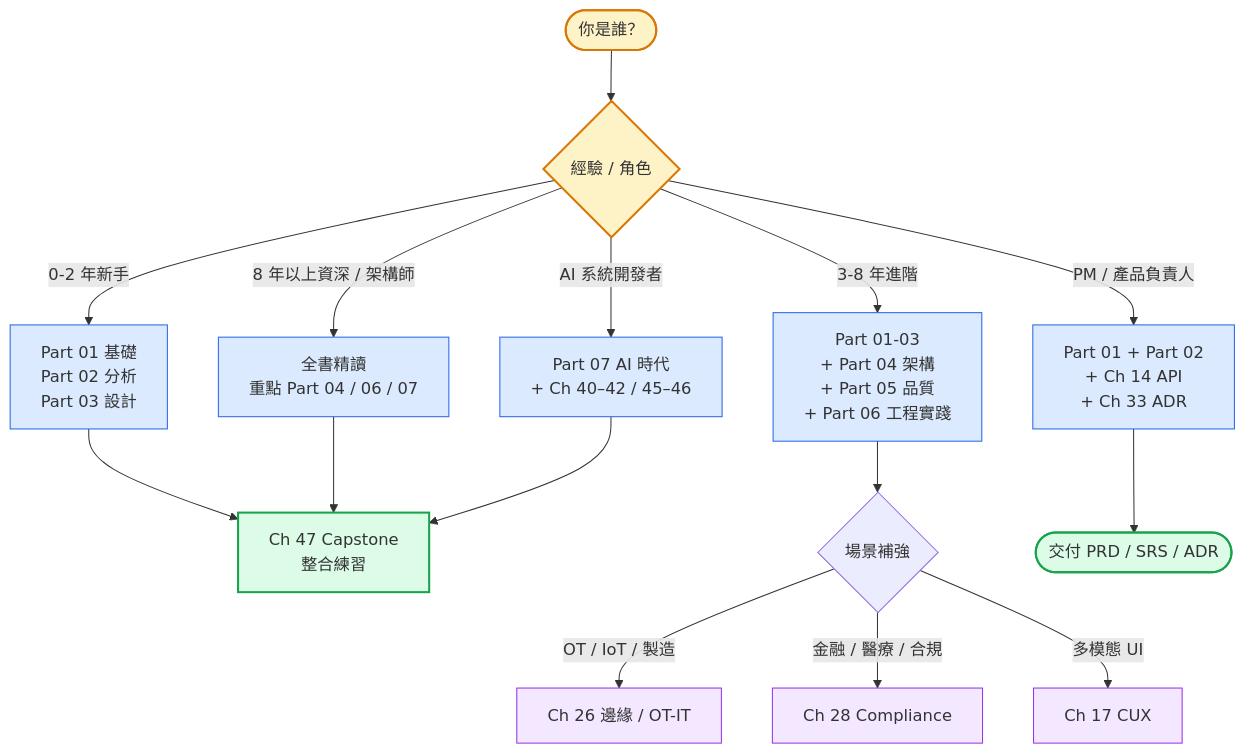
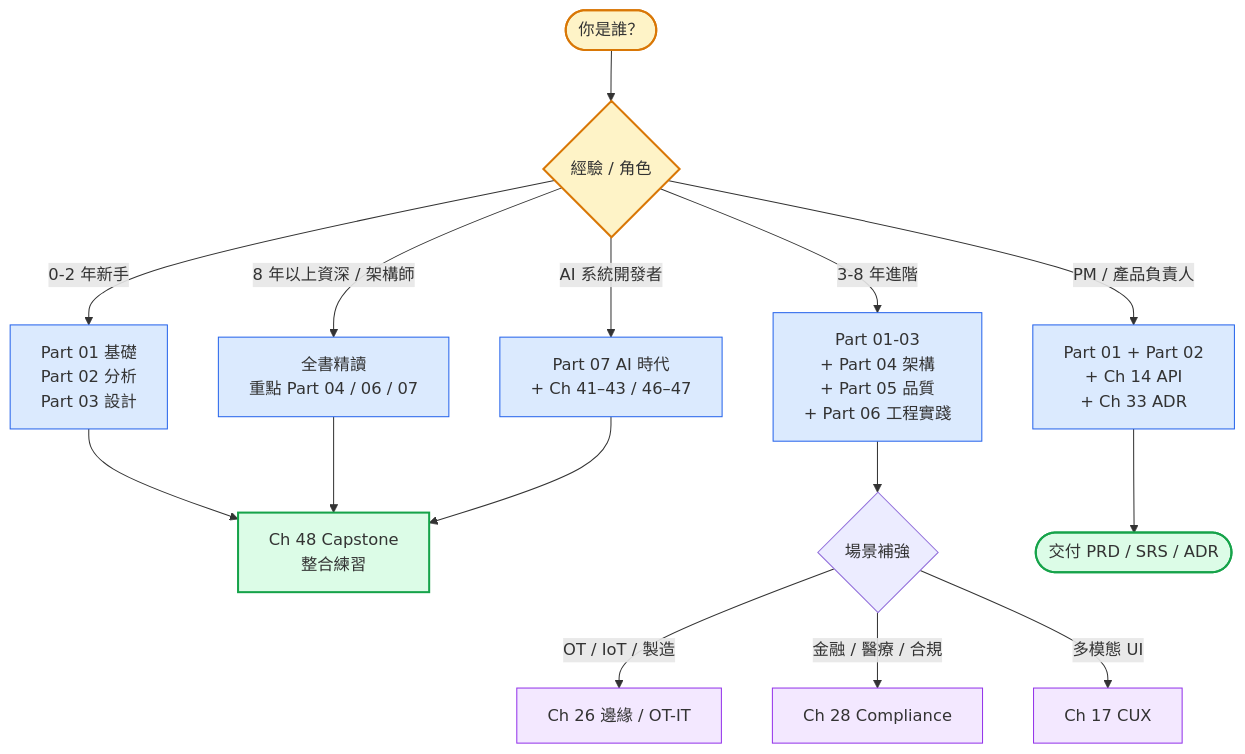
The first of 2 diagrams in README.md (EddyKuo/sa-sd-playbook), drawn with Mermaid before and after one commit. The commit also changed other lines of this file and 51 other files, not shown here.

````diff
--- a/README.md
+++ b/README.md
@@ -21,28 +21,28 @@
 ```mermaid
 flowchart TD
     Start([你是誰？]) --> Q1{經驗 / 角色}
 
     Q1 -->|0-2 年新手| New[Part 01 基礎<br/>Part 02 分析<br/>Part 03 設計]
     Q1 -->|3-8 年進階| Mid[Part 01-03<br/>+ Part 04 架構<br/>+ Part 05 品質<br/>+ Part 06 工程實踐]
     Q1 -->|8 年以上資深 / 架構師| Senior[全書精讀<br/>重點 Part 04 / 06 / 07]
     Q1 -->|PM / 產品負責人| PM[Part 01 + Part 02<br/>+ Ch 14 API<br/>+ Ch 33 ADR]
-    Q1 -->|AI 系統開發者| AI[Part 07 AI 時代<br/>+ Ch 40–42 / 45–46]
+    Q1 -->|AI 系統開發者| AI[Part 07 AI 時代<br/>+ Ch 41–43 / 46–47]
 
-    New --> Cap[Ch 47 Capstone<br/>整合練習]
+    New --> Cap[Ch 48 Capstone<br/>整合練習]
     Mid --> Ext{場景補強}
     Ext -->|OT / IoT / 製造| ChA[Ch 26 邊緣 / OT-IT]
     Ext -->|金融 / 醫療 / 合規| ChE[Ch 28 Compliance]
     Ext -->|多模態 UI| ChF[Ch 17 CUX]
     Senior --> Cap
     PM --> Out([交付 PRD / SRS / ADR])
     AI --> Cap
 
     classDef start fill:#fef3c7,stroke:#d97706,stroke-width:2px
     classDef path fill:#dbeafe,stroke:#2563eb
     classDef ext fill:#f3e8ff,stroke:#9333ea
     classDef cap fill:#dcfce7,stroke:#16a34a,stroke-width:2px
     class Start,Q1 start
     class New,Mid,Senior,PM,AI path
     class ChA,ChE,ChF ext
     class Cap,Out cap
 ```
````
